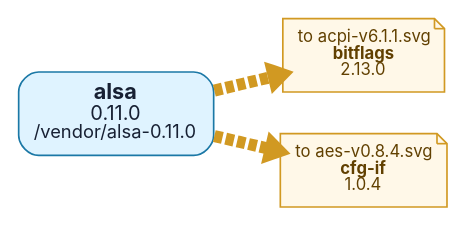
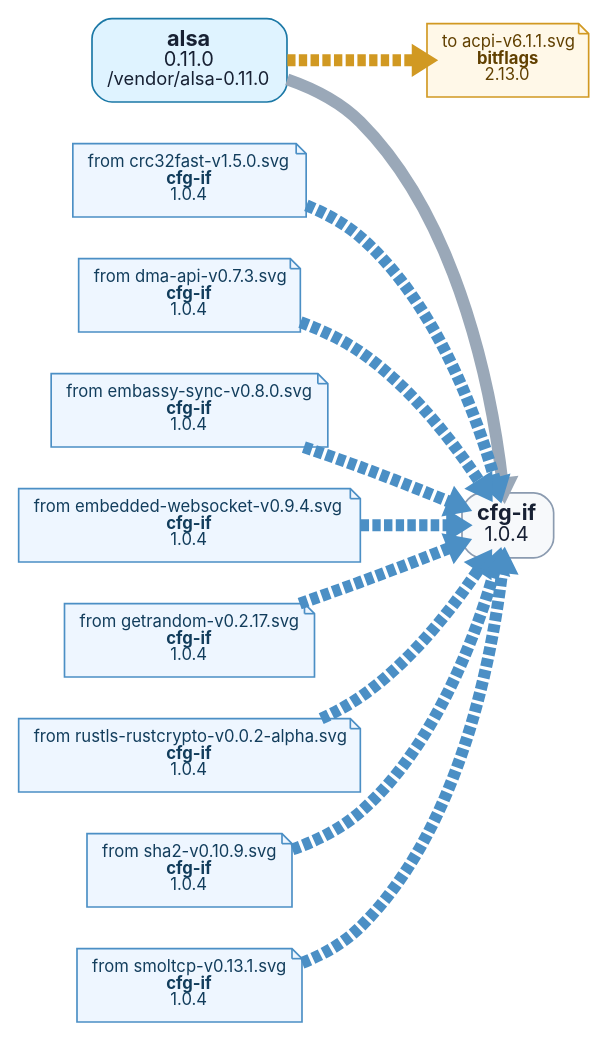
One commit to t4ce/TRUEOS changed the diagram in tools/depgraph/by-root/alsa-v0.11.0.dot. Above: the diagram before and after it, drawn with Graphviz. The commit also changed 64 other files, not shown here.

```diff
--- a/tools/depgraph/by-root/alsa-v0.11.0.dot
+++ b/tools/depgraph/by-root/alsa-v0.11.0.dot
@@ -1,13 +1,29 @@
 digraph "alsa-v0.11.0" {
   graph [rankdir=LR, bgcolor="white", overlap=false, splines=true, nodesep=0.35, ranksep=0.55];
   node [shape=box, style="rounded,filled", fontname="Inter,Arial", fontsize=10, margin="0.13,0.10", color="#8b9bb0", fillcolor="#f7f9fb", fontcolor="#172033"];
   edge [color="#9aa8b8", arrowsize=0.55, penwidth=7.2];
   n0 [label=<<FONT POINT-SIZE="13"><B>alsa</B></FONT><BR/><FONT POINT-SIZE="12">0.11.0</FONT><BR/><FONT POINT-SIZE="11">/vendor/alsa-0.11.0</FONT>>, fillcolor="#dff3ff", color="#1b78a6"];
+  n1 [label=<<FONT POINT-SIZE="13"><B>cfg-if</B></FONT><BR/><FONT POINT-SIZE="12">1.0.4</FONT>>, fillcolor="#f7f9fb", color="#8b9bb0"];
+  n0 -> n1;
   out0 [label=<to acpi-v6.1.1.svg<BR/><B>bitflags</B><BR/>2.13.0>, shape=note, style="filled", fillcolor="#fff8e8", color="#d19922", fontcolor="#614000"];
   n0 -> out0 [style=dashed, color="#d19922"];
-  out1 [label=<to aes-v0.8.4.svg<BR/><B>cfg-if</B><BR/>1.0.4>, shape=note, style="filled", fillcolor="#fff8e8", color="#d19922", fontcolor="#614000"];
-  n0 -> out1 [style=dashed, color="#d19922"];
+  in1 [label=<from crc32fast-v1.5.0.svg<BR/><B>cfg-if</B><BR/>1.0.4>, shape=note, style="filled", fillcolor="#eef6ff", color="#4b8fc5", fontcolor="#123d5c"];
+  in1 -> n1 [style=dashed, color="#4b8fc5"];
+  in2 [label=<from dma-api-v0.7.3.svg<BR/><B>cfg-if</B><BR/>1.0.4>, shape=note, style="filled", fillcolor="#eef6ff", color="#4b8fc5", fontcolor="#123d5c"];
+  in2 -> n1 [style=dashed, color="#4b8fc5"];
+  in3 [label=<from embassy-sync-v0.8.0.svg<BR/><B>cfg-if</B><BR/>1.0.4>, shape=note, style="filled", fillcolor="#eef6ff", color="#4b8fc5", fontcolor="#123d5c"];
+  in3 -> n1 [style=dashed, color="#4b8fc5"];
+  in4 [label=<from embedded-websocket-v0.9.4.svg<BR/><B>cfg-if</B><BR/>1.0.4>, shape=note, style="filled", fillcolor="#eef6ff", color="#4b8fc5", fontcolor="#123d5c"];
+  in4 -> n1 [style=dashed, color="#4b8fc5"];
+  in5 [label=<from getrandom-v0.2.17.svg<BR/><B>cfg-if</B><BR/>1.0.4>, shape=note, style="filled", fillcolor="#eef6ff", color="#4b8fc5", fontcolor="#123d5c"];
+  in5 -> n1 [style=dashed, color="#4b8fc5"];
+  in6 [label=<from rustls-rustcrypto-v0.0.2-alpha.svg<BR/><B>cfg-if</B><BR/>1.0.4>, shape=note, style="filled", fillcolor="#eef6ff", color="#4b8fc5", fontcolor="#123d5c"];
+  in6 -> n1 [style=dashed, color="#4b8fc5"];
+  in7 [label=<from sha2-v0.10.9.svg<BR/><B>cfg-if</B><BR/>1.0.4>, shape=note, style="filled", fillcolor="#eef6ff", color="#4b8fc5", fontcolor="#123d5c"];
+  in7 -> n1 [style=dashed, color="#4b8fc5"];
+  in8 [label=<from smoltcp-v0.13.1.svg<BR/><B>cfg-if</B><BR/>1.0.4>, shape=note, style="filled", fillcolor="#eef6ff", color="#4b8fc5", fontcolor="#123d5c"];
+  in8 -> n1 [style=dashed, color="#4b8fc5"];
   // collapsed leaf ends: 0
   // centered two-input leaves: 0
   // nested two-input leaves: 0
 }
```
